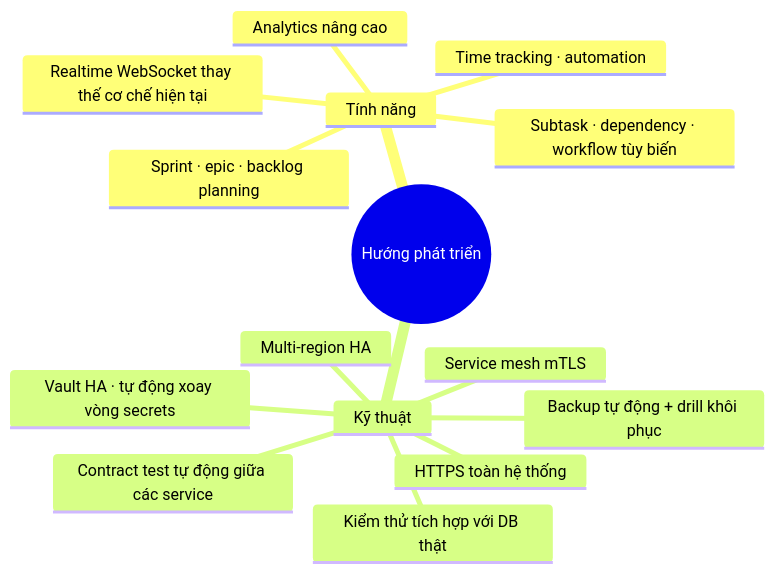
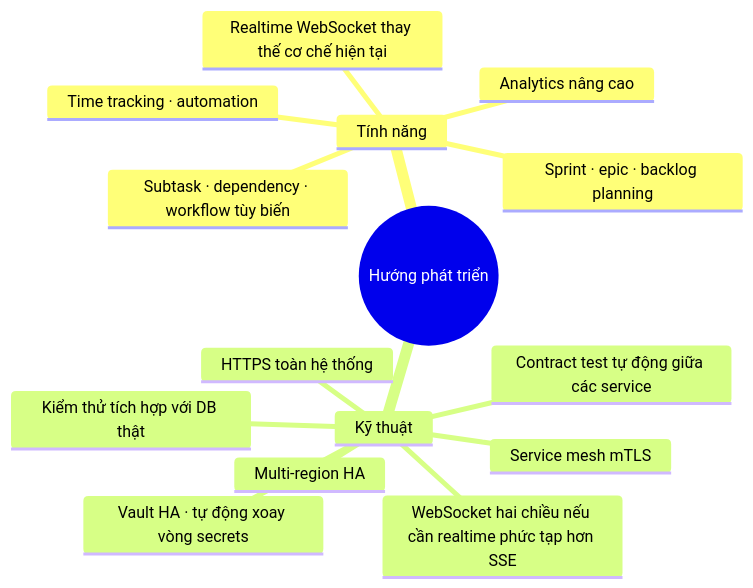
Before and after one commit to lengocanh2005it/collabspace: diagram 37 of 37 in docs/presentation-outline.md, drawn with Mermaid. The commit also changed other lines of this file, not shown here.

Commit message:
docs(presentation): fix SSE vs WebSocket — SSE đang dùng, WS là hướng tương lai nếu cần 2 chiều

````diff
--- a/docs/presentation-outline.md
+++ b/docs/presentation-outline.md
@@ -1354,18 +1354,18 @@
 ```mermaid
 mindmap
   root((Hướng phát triển))
     Tính năng
       Realtime WebSocket thay thế cơ chế hiện tại
       Subtask · dependency · workflow tùy biến
       Sprint · epic · backlog planning
       Time tracking · automation
       Analytics nâng cao
     Kỹ thuật
       Vault HA · tự động xoay vòng secrets
       HTTPS toàn hệ thống
       Contract test tự động giữa các service
       Kiểm thử tích hợp với DB thật
       Service mesh mTLS
       Multi-region HA
-      Backup tự động + drill khôi phục
+      WebSocket hai chiều nếu cần realtime phức tạp hơn SSE
 ```
````
